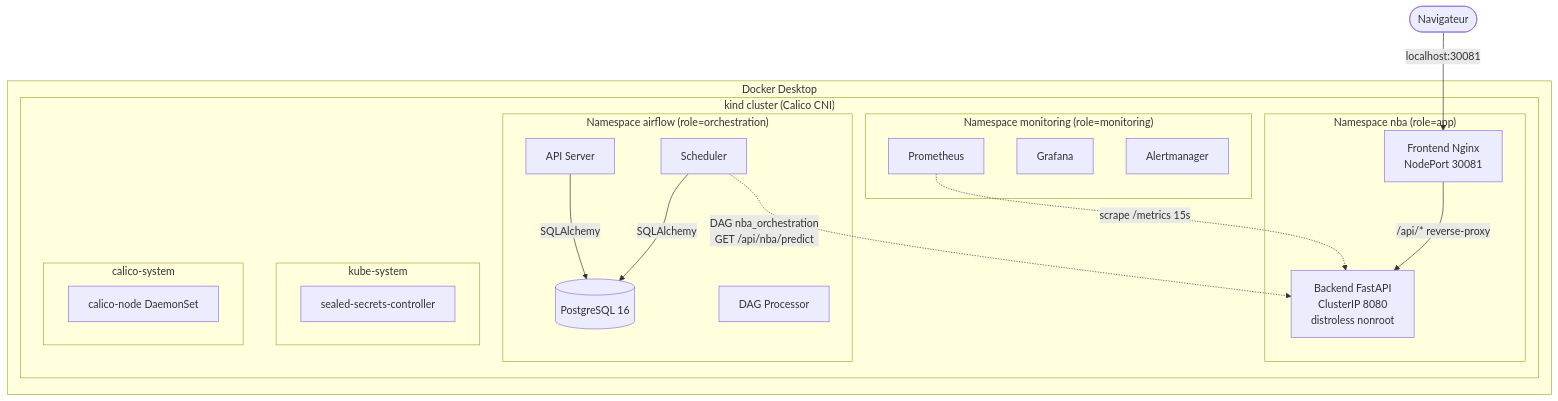
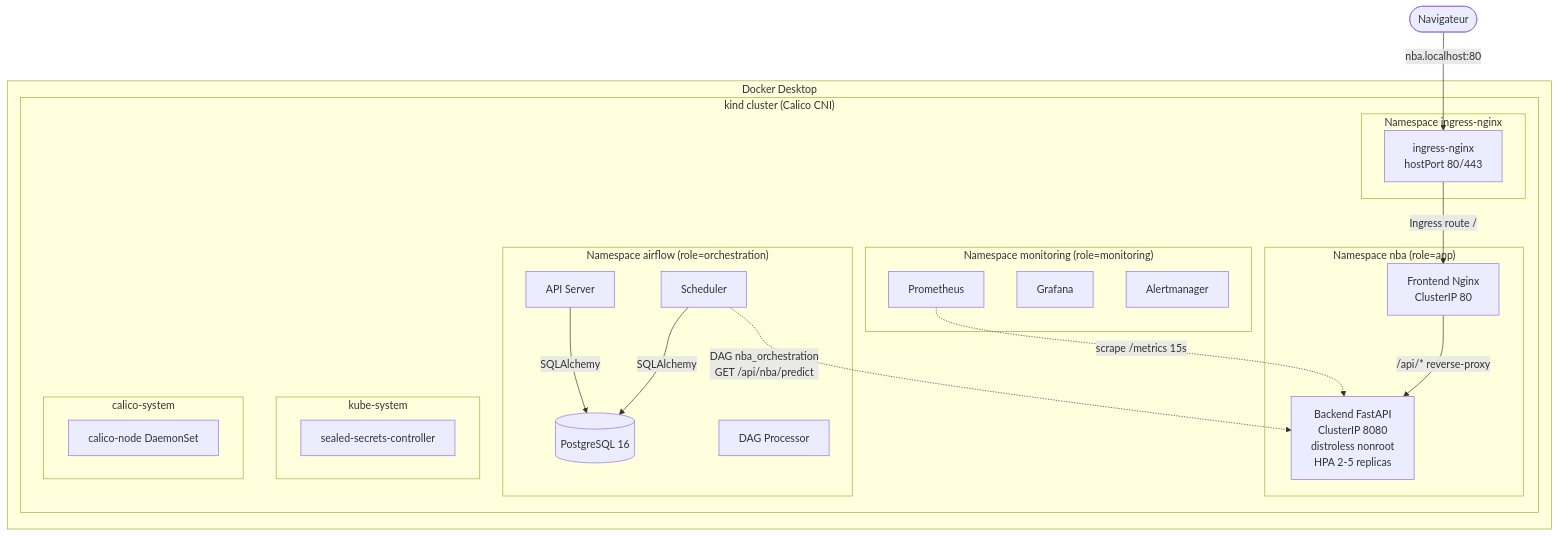
The first of 4 diagrams in docs/doc.md (Mael8zinsou/nba-predictor), drawn with Mermaid before and after one commit. The commit also changed other lines of this file and 14 other files, not shown here.

First line of the commit message:
feat(v4.5): Ingress nba.localhost + PodDisruptionBudgets + ingress-nginx

````diff
--- a/docs/doc.md
+++ b/docs/doc.md
@@ -58,34 +60,38 @@
 ```mermaid
 graph TB
     subgraph "Docker Desktop"
         subgraph "kind cluster (Calico CNI)"
+            subgraph "Namespace ingress-nginx"
+                IC[ingress-nginx<br/>hostPort 80/443]
+            end
             subgraph "Namespace nba (role=app)"
-                FE[Frontend Nginx<br/>NodePort 30081]
-                BE[Backend FastAPI<br/>ClusterIP 8080<br/>distroless nonroot]
+                FE[Frontend Nginx<br/>ClusterIP 80]
+                BE[Backend FastAPI<br/>ClusterIP 8080<br/>distroless nonroot<br/>HPA 2-5 replicas]
             end
             subgraph "Namespace airflow (role=orchestration)"
                 PG[(PostgreSQL 16)]
                 AS[Scheduler]
                 AA[API Server]
                 AD[DAG Processor]
             end
             subgraph "Namespace monitoring (role=monitoring)"
                 PR[Prometheus]
                 GR[Grafana]
                 AM[Alertmanager]
             end
             subgraph "kube-system"
                 SS[sealed-secrets-controller]
             end
             subgraph "calico-system"
                 CN[calico-node DaemonSet]
             end
         end
     end
-    User([Navigateur]) -->|localhost:30081| FE
+    User([Navigateur]) -->|nba.localhost:80| IC
+    IC -->|Ingress route /| FE
     FE -->|/api/* reverse-proxy| BE
     AS -.->|DAG nba_orchestration<br/>GET /api/nba/predict| BE
     PR -.->|scrape /metrics 15s| BE
     AS -->|SQLAlchemy| PG
     AA -->|SQLAlchemy| PG
 ```
````
